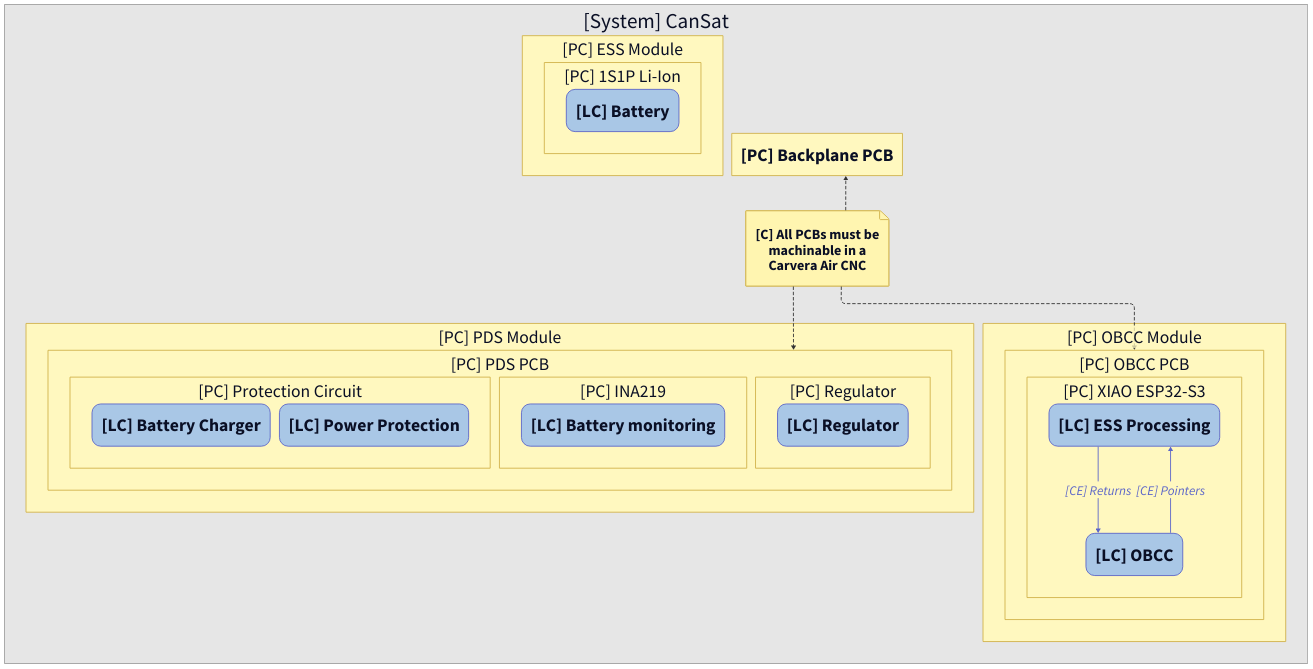
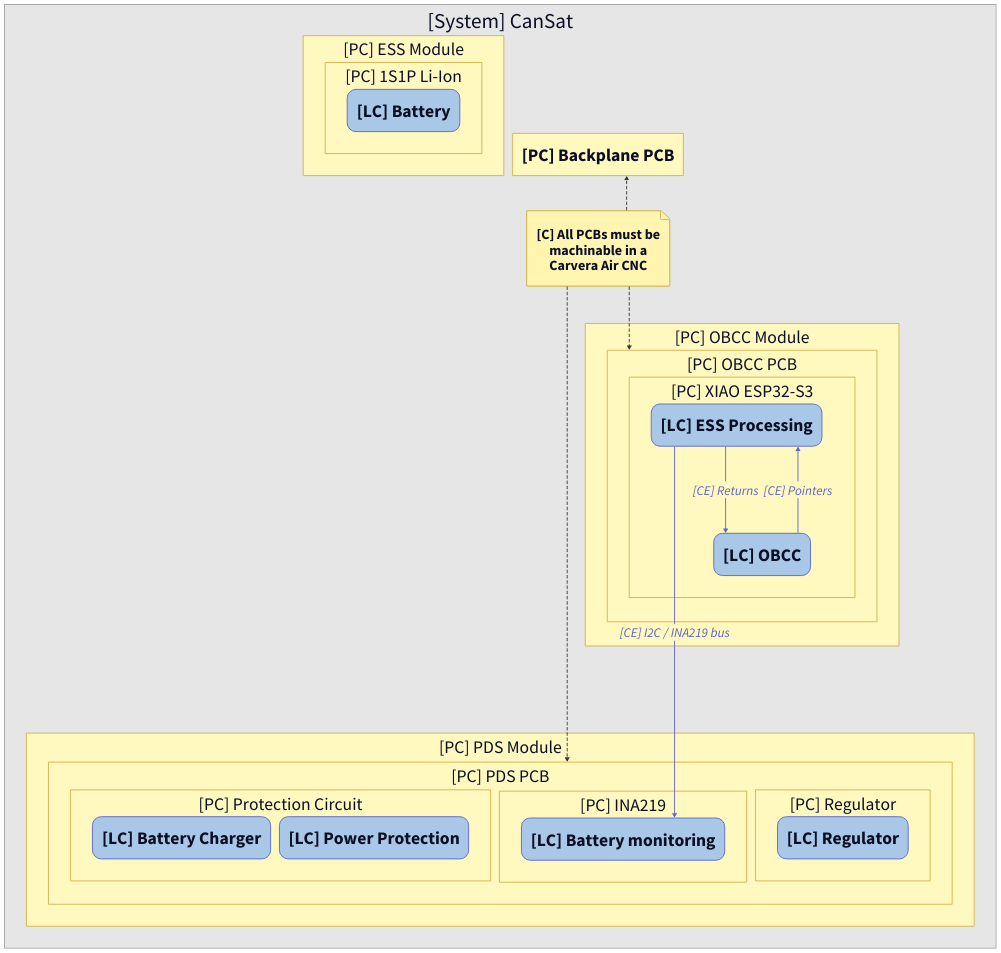
One commit to DeltaLabo/CanSatWorkshop changed the diagram in PDS&ESS/MBSE/v1.0/PDS_v1.0_view2_logical.d2. Above: the diagram before and after it, drawn with D2. The commit also changed 340 other files, not shown here.

```diff
--- a/PDS&ESS/MBSE/v1.0/PDS_v1.0_view2_logical.d2
+++ b/PDS&ESS/MBSE/v1.0/PDS_v1.0_view2_logical.d2
@@ -1,117 +1,118 @@
 vars: {
   d2-config: {
     layout-engine: elk
   }
 }
 
 # Logical view
 # Focus on the logical components and the software-to-software exchanges introduced in v1.0.
 direction: down
 
 classes: {
   func: {
     shape: rectangle
     style: { fill: "#BDFB9B"; stroke: "#166534"; stroke-width: 2; font-size: 36 }
   }
   lc: {
     style: {
       fill: "#A9C7E6"; stroke: "#5B65C9"; stroke-width: 2
       border-radius: 20; font-size: 40
     }
   }
   pc: {
     style: { fill: "#FFF8BF"; stroke: "#D1B24A"; stroke-width: 2; font-size: 40 }
   }
   sys: {
     style: { fill: "#E6E6E6"; stroke: "#9A9A9A"; stroke-width: 2; font-size: 48 }
   }
   ea: {
     shape: rectangle
     style: {
       fill: "#BFEAF4"; stroke: "#5B65C9"; stroke-width: 2
       border-radius: 20; font-size: 40
     }
   }
   note: { style: { fill: "#FFF5B0"; stroke: "#D1B24A"; font-size: 32 } }
   chain: {
     style: {
       fill: "#FFFFFF"; stroke: "#D1B24A"; stroke-width: 2
       border-radius: 20; font-size: 36
     }
   }
   fe:   { style: { stroke: "#1F7A4D"; font-color: "#1F7A4D"; stroke-width: 2; font-size: 30 } }
   ce:   { style: { stroke: "#5B65C9"; font-color: "#5B65C9"; stroke-width: 2; font-size: 30 } }
   pl:   { style: { stroke: "#E11D28"; font-color: "#E11D28"; stroke-width: 2; font-size: 30 } }
   cstr: { style: { stroke: "#333333"; stroke-dash: 3; font-size: 26 } }
 }
 
 system: "[System] CanSat" {
   class: sys
   direction: down
 
   ess_module: "[PC] ESS Module" {
     class: pc
     direction: down
     battery_pack: "[PC] 1S1P Li-Ion" {
       class: pc
       battery_lc: "[LC] Battery" { class: lc }
     }
   }
 
   pds_module: "[PC] PDS Module" {
     class: pc
     direction: down
 
     pds_pcb: "[PC] PDS PCB" {
       class: pc
       direction: down
 
       protection: "[PC] Protection Circuit" {
         class: pc
         direction: down
         battery_charger: "[LC] Battery Charger" { class: lc }
         power_protection: "[LC] Power Protection" { class: lc }
       }
 
       ina219: "[PC] INA219" {
         class: pc
         battery_monitoring: "[LC] Battery monitoring" { class: lc }
       }
 
       regulator: "[PC] Regulator" {
         class: pc
         regulator_lc: "[LC] Regulator" { class: lc }
       }
     }
   }
 
   obcc_module: "[PC] OBCC Module" {
     class: pc
     direction: down
 
     obcc_pcb: "[PC] OBCC PCB" {
       class: pc
       xiao: "[PC] XIAO ESP32-S3" {
         class: pc
         direction: down
         ess_processing: "[LC] ESS Processing" { class: lc }
         obcc: "[LC] OBCC" { class: lc }
       }
     }
   }
 
   backplane_pcb: "[PC] Backplane PCB" { class: pc }
 
   pcb_cnc_note: "[C] All PCBs must be\nmachinable in a\nCarvera Air CNC" {
     class: note
     shape: page
   }
 }
 
 system.obcc_module.obcc_pcb.xiao.obcc -> system.obcc_module.obcc_pcb.xiao.ess_processing: "[CE] Pointers" { class: ce }
 system.obcc_module.obcc_pcb.xiao.ess_processing -> system.obcc_module.obcc_pcb.xiao.obcc: "[CE] Returns" { class: ce }
+system.obcc_module.obcc_pcb.xiao.ess_processing -> system.pds_module.pds_pcb.ina219.battery_monitoring: "[CE] I2C / INA219 bus" { class: ce }
 
 system.pcb_cnc_note -> system.pds_module.pds_pcb { class: cstr }
 system.pcb_cnc_note -> system.obcc_module.obcc_pcb { class: cstr }
 system.pcb_cnc_note -> system.backplane_pcb { class: cstr }
 system.backplane_pcb -> system.pcb_cnc_note { style: { opacity: 0 } }
```
